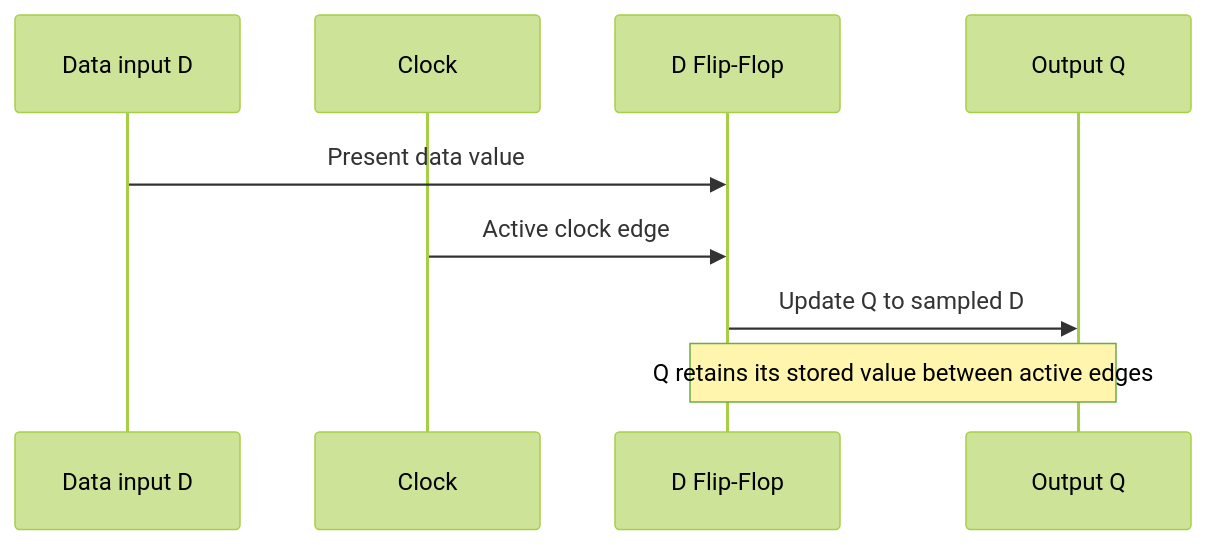
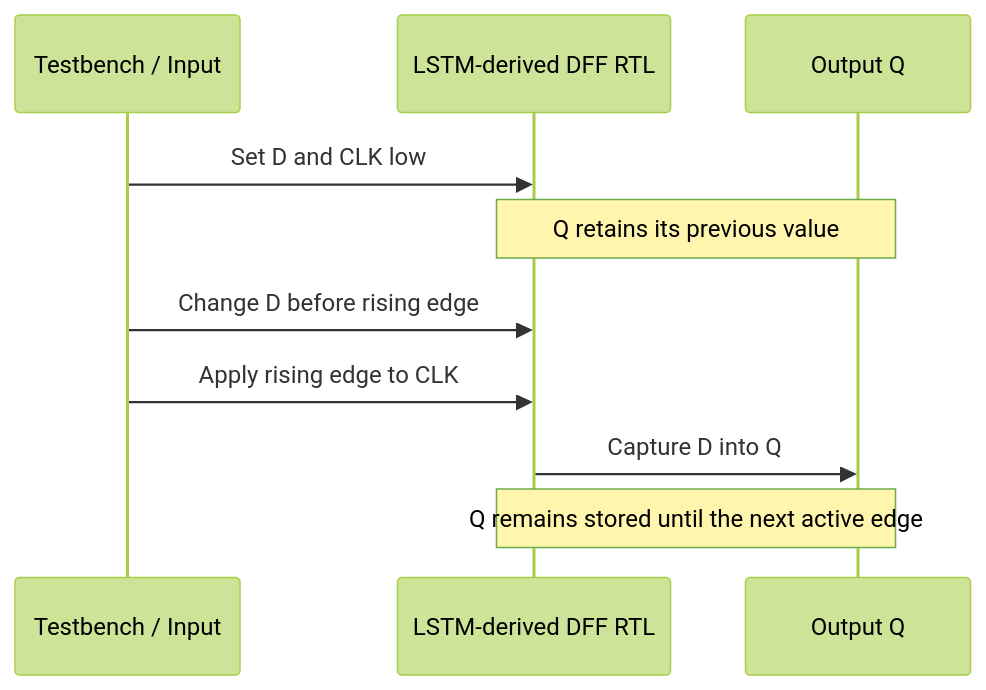
One commit to jahnavichopparapu77-bot/fpga-neural-logic-synthesis changed the sixth of 7 diagrams in README.md. Above: the diagram before and after it, drawn with Mermaid (forest theme). The commit also changed other lines of this file, not shown here.

````diff
--- a/README.md
+++ b/README.md
@@ -307,12 +365,12 @@
 ```mermaid
 sequenceDiagram
-    participant D as Data input D
-    participant CLK as Clock
-    participant FF as D Flip-Flop
+    participant TB as Testbench / Input
+    participant DFF as LSTM-derived DFF RTL
     participant Q as Output Q
-
-    D->>FF: Present data value
-    CLK->>FF: Active clock edge
-    FF->>Q: Update Q to sampled D
-    Note over FF,Q: Q retains its stored value between active edges
+    TB->>DFF: Set D and CLK low
+    Note over DFF,Q: Q retains its previous value
+    TB->>DFF: Change D before rising edge
+    TB->>DFF: Apply rising edge to CLK
+    DFF->>Q: Capture D into Q
+    Note over DFF,Q: Q remains stored until the next active edge
 ```
````
